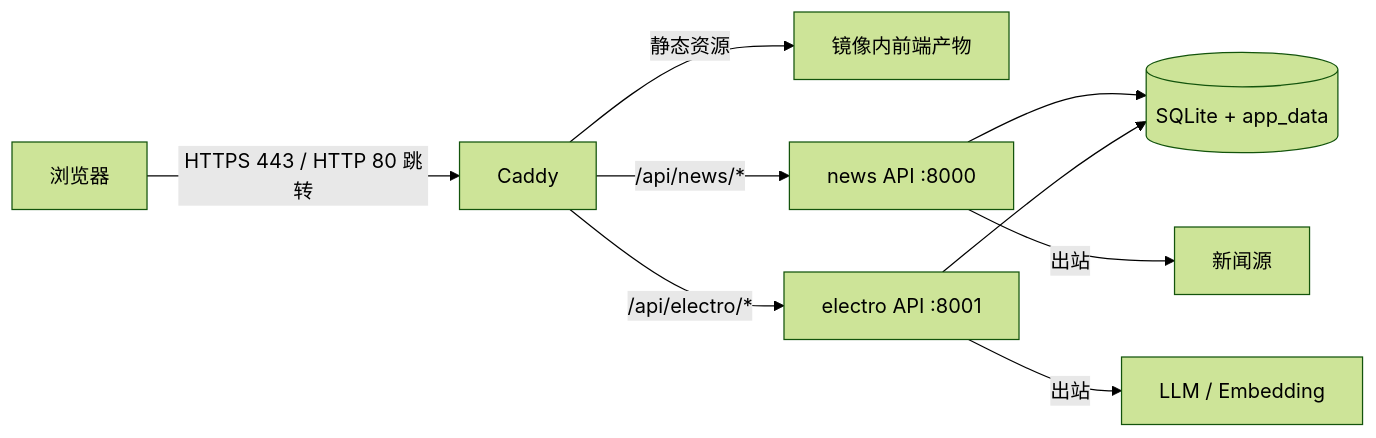
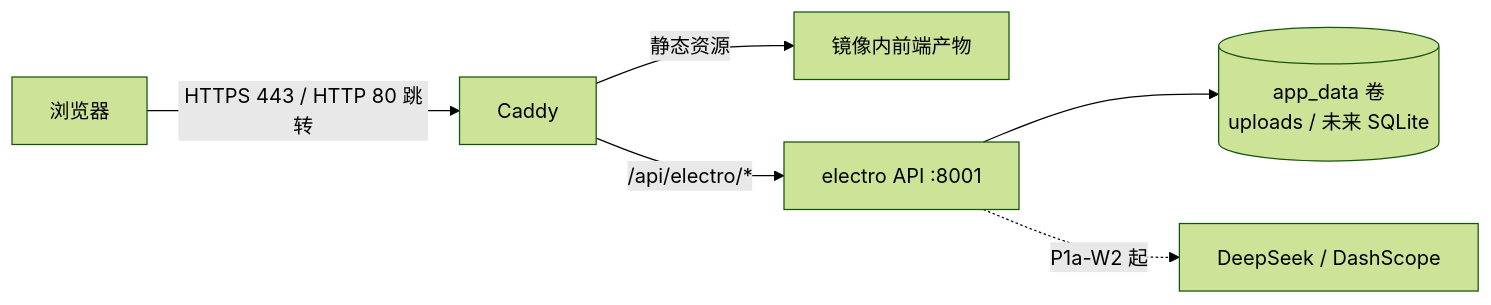
The first of 3 diagrams in docs/ARCHITECTURE.md (wenjian465276871-arch/matrix-hub), drawn with Mermaid (forest theme) before and after one commit. The commit also changed other lines of this file and 4 other files, not shown here.

First line of the commit message:
docs: 修正架构描述与死链；补限流/回滚/部署同步说明；图片方案标注 P4 备选

````diff
--- a/docs/ARCHITECTURE.md
+++ b/docs/ARCHITECTURE.md
@@ -8,11 +8,8 @@
 ```mermaid
 flowchart LR
   U[浏览器] -->|HTTPS 443 / HTTP 80 跳转| C[Caddy]
   C -->|静态资源| S[镜像内前端产物]
-  C -->|/api/news/*| N[news API :8000]
   C -->|/api/electro/*| E[electro API :8001]
-  N --> D[(SQLite + app_data)]
-  E --> D
-  N -->|出站| X[新闻源]
-  E -->|出站| L[LLM / Embedding]
+  E --> D[(app_data 卷<br/>uploads / 未来 SQLite)]
+  E -.->|P1a-W2 起| L[DeepSeek / DashScope]
 ```
````
